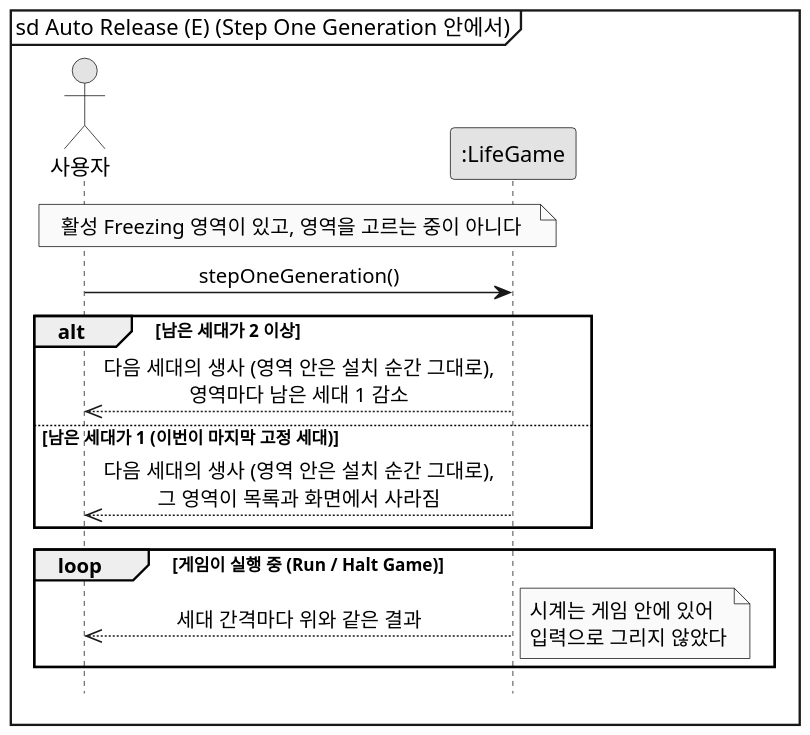
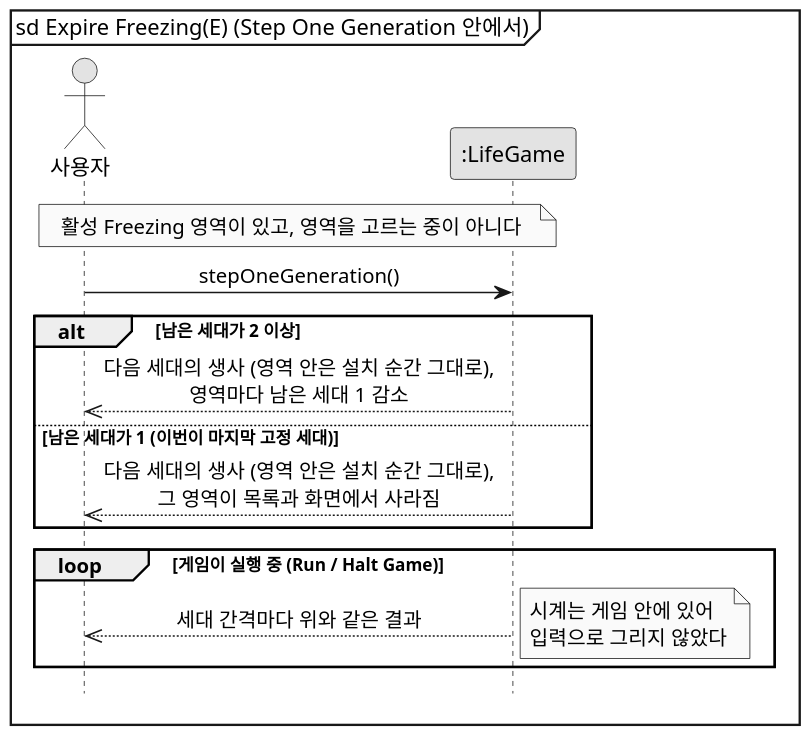
The diagram in docs/freezing/diagram/ssd-auto-release.puml (mckimR1972/DP_team_project), drawn with PlantUML before and after one commit. The commit also changed 16 other files, not shown here.

First line of the commit message:
docs: 다이어그램 표기 통일안에 맞춤

```diff
--- a/docs/freezing/diagram/ssd-auto-release.puml
+++ b/docs/freezing/diagram/ssd-auto-release.puml
@@ -1,26 +1,26 @@
 @startuml ssd-auto-release
 skinparam monochrome true
 skinparam dpi 150
 skinparam shadowing false
 skinparam defaultFontName "Malgun Gothic"
 skinparam sequenceMessageAlign center
 hide footbox
-mainframe sd Auto Release (E) (Step One Generation 안에서)
+mainframe sd Expire Freezing(E) (Step One Generation 안에서)
 
 actor "사용자" as User
 participant ":LifeGame" as System
 
 note over User, System : 활성 Freezing 영역이 있고, 영역을 고르는 중이 아니다
 
 User -> System : stepOneGeneration()
 alt 남은 세대가 2 이상
   System -->> User : 다음 세대의 생사 (영역 안은 설치 순간 그대로),\n영역마다 남은 세대 1 감소
 else 남은 세대가 1 (이번이 마지막 고정 세대)
   System -->> User : 다음 세대의 생사 (영역 안은 설치 순간 그대로),\n그 영역이 목록과 화면에서 사라짐
 end
 
 loop 게임이 실행 중 (Run / Halt Game)
   System -->> User : 세대 간격마다 위와 같은 결과
   note right : 시계는 게임 안에 있어\n입력으로 그리지 않았다
 end
 @enduml
```
